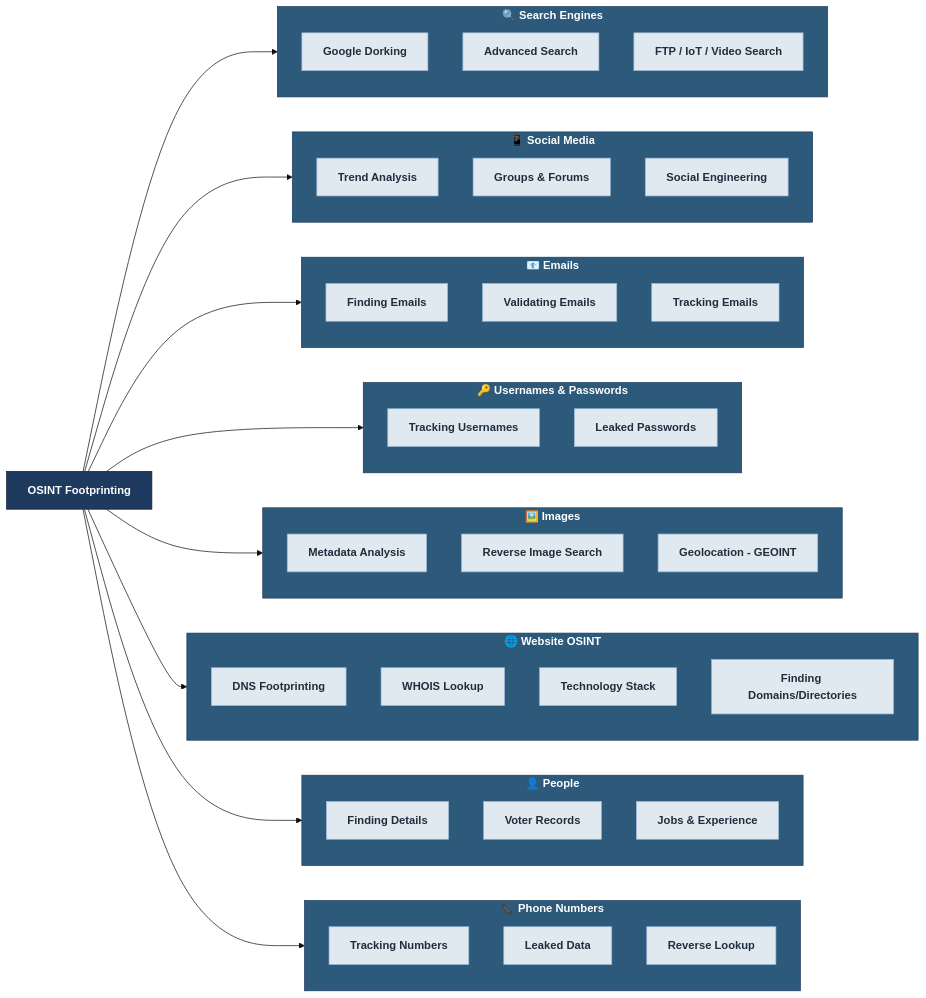
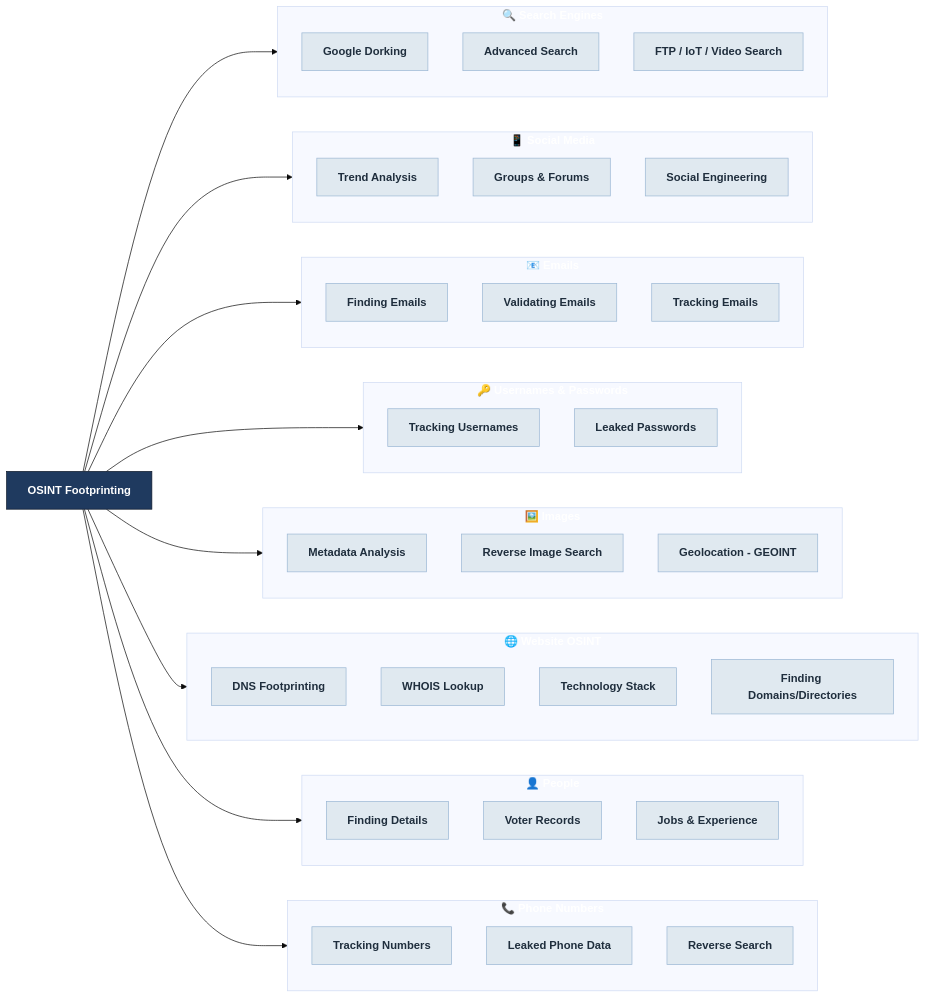
Before and after one commit to SagarBiswas-MultiHAT/OSINT-Handbook: the first of 2 diagrams in readme.md, drawn with Mermaid (base theme). The commit also changed other lines of this file and 1 other file, not shown here.

Commit message:
Update: Diagrams

````diff
--- a/readme.md
+++ b/readme.md
@@ -205,82 +175,74 @@
 ```mermaid
-graph LR
+flowchart LR
     classDef root fill:#1f3a5f,stroke:#0f1a2b,color:#fff,font-weight:bold;
     classDef branch fill:#2d5a7b,stroke:#1a3a5c,color:#fff;
     classDef leaf fill:#e0e9f0,stroke:#9bb7d4,color:#1f2e3d;
 
-    A[OSINT Footprinting]:::root
+    Root["OSINT Footprinting"]:::root
 
     subgraph Search["🔍 Search Engines"]
         direction TB
-        B1[Google Dorking]:::leaf
-        B2[Advanced Search]:::leaf
-        B3[FTP / IoT / Video Search]:::leaf
+        S1["Google Dorking"]:::leaf
+        S2["Advanced Search"]:::leaf
+        S3["FTP / IoT / Video Search"]:::leaf
     end
 
     subgraph Social["📱 Social Media"]
         direction TB
-        C1[Trend Analysis]:::leaf
-        C2[Groups & Forums]:::leaf
-        C3[Social Engineering]:::leaf
+        So1["Trend Analysis"]:::leaf
+        So2["Groups & Forums"]:::leaf
+        So3["Social Engineering"]:::leaf
     end
 
     subgraph Email["📧 Emails"]
         direction TB
-        D1[Finding Emails]:::leaf
-        D2[Validating Emails]:::leaf
-        D3[Tracking Emails]:::leaf
+        E1["Finding Emails"]:::leaf
+        E2["Validating Emails"]:::leaf
+        E3["Tracking Emails"]:::leaf
     end
 
     subgraph Creds["🔑 Usernames & Passwords"]
         direction TB
-        E1[Tracking Usernames]:::leaf
-        E2[Leaked Passwords]:::leaf
+        C1["Tracking Usernames"]:::leaf
+        C2["Leaked Passwords"]:::leaf
     end
 
     subgraph Image["🖼️ Images"]
         direction TB
-        F1[Metadata Analysis]:::leaf
-        F2[Reverse Image Search]:::leaf
-        F3[Geolocation - GEOINT]:::leaf
+        I1["Metadata Analysis"]:::leaf
+        I2["Reverse Image Search"]:::leaf
+        I3["Geolocation - GEOINT"]:::leaf
     end
 
     subgraph Web["🌐 Website OSINT"]
         direction TB
-        G1[DNS Footprinting]:::leaf
-        G2[WHOIS Lookup]:::leaf
-        G3[Technology Stack]:::leaf
-        G4[Finding Domains/Directories]:::leaf
+        W1["DNS Footprinting"]:::leaf
+        W2["WHOIS Lookup"]:::leaf
+        W3["Technology Stack"]:::leaf
+        W4["Finding Domains/Directories"]:::leaf
     end
 
     subgraph People["👤 People"]
         direction TB
-        H1[Finding Details]:::leaf
-        H2[Voter Records]:::leaf
-        H3[Jobs & Experience]:::leaf
+        P1["Finding Details"]:::leaf
+        P2["Voter Records"]:::leaf
+        P3["Jobs & Experience"]:::leaf
     end
 
     subgraph Phone["📞 Phone Numbers"]
         direction TB
-        I1[Tracking Numbers]:::leaf
-        I2[Leaked Data]:::leaf
-        I3[Reverse Lookup]:::leaf
+        Ph1["Tracking Numbers"]:::leaf
+        Ph2["Leaked Phone Data"]:::leaf
+        Ph3["Reverse Search"]:::leaf
     end
 
-    A --> Search
-    A --> Social
-    A --> Email
-    A --> Creds
-    A --> Image
-    A --> Web
-    A --> People
-    A --> Phone
+    Root --> Search
+    Root --> Social
+    Root --> Email
+    Root --> Creds
+    Root --> Image
+    Root --> Web
+    Root --> People
+    Root --> Phone
 
-    Search:::branch
-    Social:::branch
-    Email:::branch
-    Creds:::branch
-    Image:::branch
-    Web:::branch
-    People:::branch
-    Phone:::branch
 ```
````
